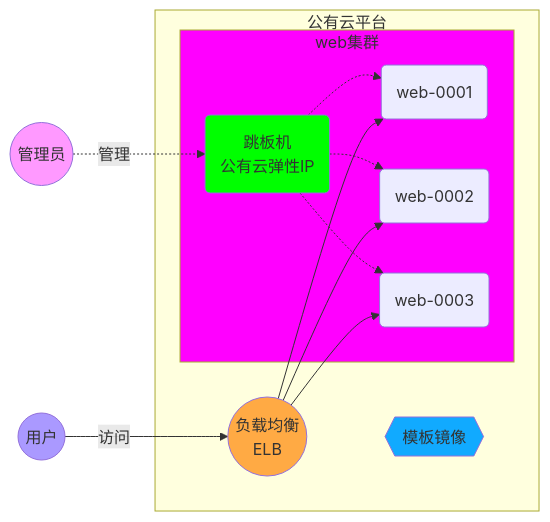
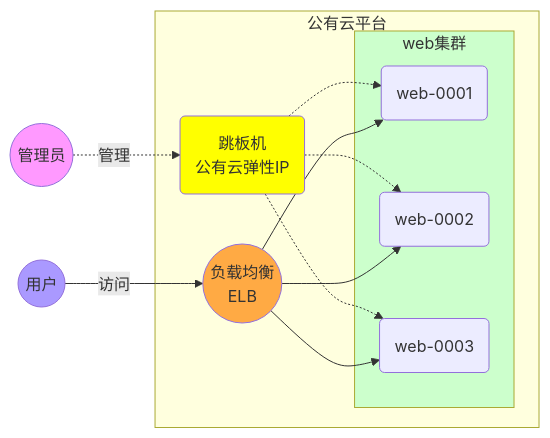
One commit to tonggh220/md_4_nsd_notes changed the second of 2 diagrams in CLOUD/04/04.md. Above: the diagram before and after it, drawn with Mermaid. The commit also changed other lines of this file, not shown here.

````diff
--- a/CLOUD/04/04.md
+++ b/CLOUD/04/04.md
@@ -109,24 +115,25 @@
 ```mermaid
 graph LR
   subgraph L1[公有云平台]
     P(跳板机<br>公有云弹性IP)
-    style P fill:#00ff00
+    style P fill:#ffff00
     subgraph web集群
-      style web集群 fill:#ff00ff
-      P -.-> A1(web-0001)
-      P -.-> A2(web-0002)
-      P -.-> A3(web-0003)
+      style web集群 fill:#ccffcc
+      A1(web-0001)
+      A2(web-0002)
+      A3(web-0003)
     end
-    M{{模板镜像}}
-    style M fill:#11aaff
+    P -.-> A1
+    P -.-> A2
+    P -.-> A3
     L((负载均衡<br>ELB))
     style L fill:#ffaa44
     L --> A1
     L --> A2
     L --> A3
   end
 U1((管理员)) -.->|管理| P
 U2((用户)) -->|访问| L
 style U1 fill:#ff99ff
 style U2 fill:#aa99ff
 ```
````
